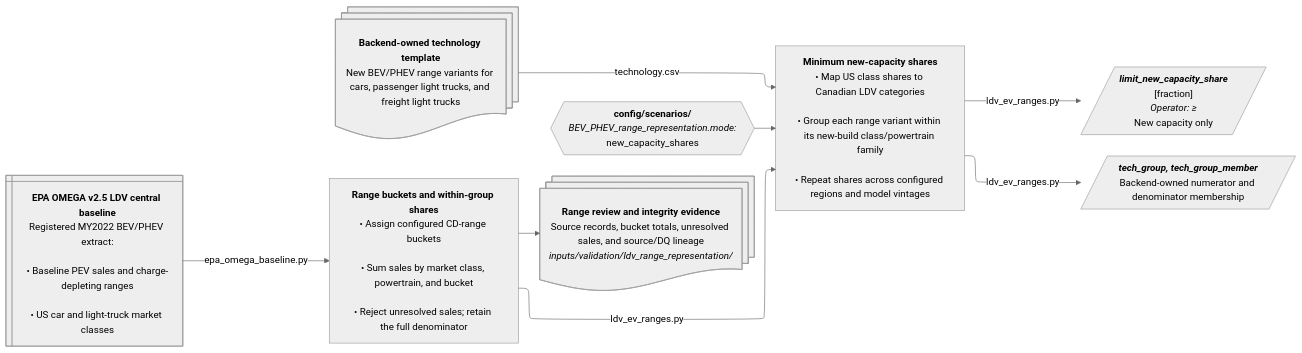
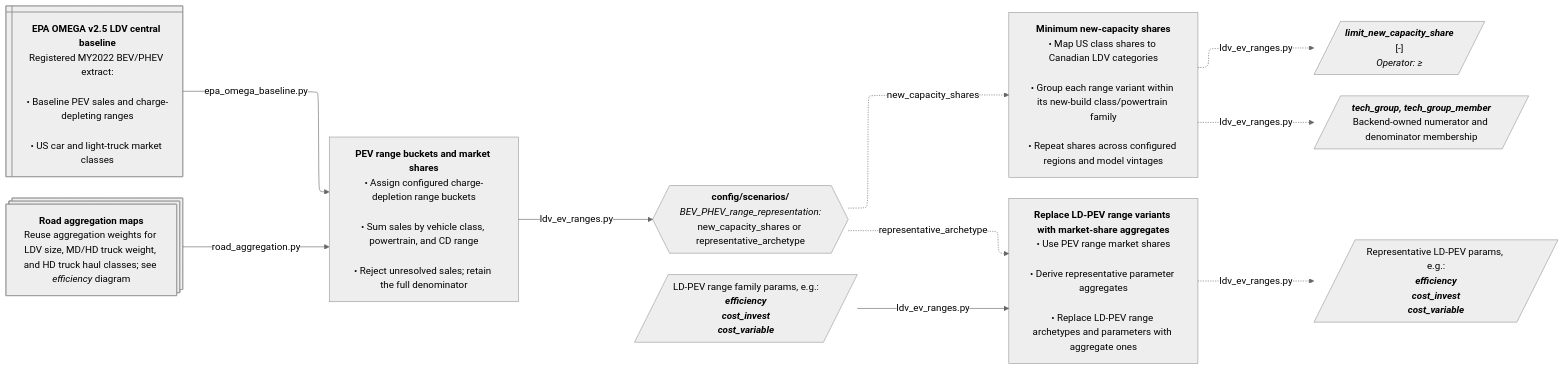
One commit to CANOE-main/canoe-transportation changed diagram 11 of 12 in docs/etl_flowcharts.md. Above: the diagram before and after it, drawn with Mermaid (neutral theme). The commit also changed other lines of this file and 167 other files, not shown here.

First line of the commit message:
Add comprehensive tests for vehicle stock diagnostics and notebook evidence

````diff
--- a/docs/etl_flowcharts.md
+++ b/docs/etl_flowcharts.md
@@ -949,48 +949,63 @@
 ```mermaid
 ---
 config:
   layout: elk
   flowchart:
     nodeSpacing: 35
     rankSpacing: 50
     wrappingWidth: 250
 ---
 flowchart LR
   %% ############ Sources ###########
   s1@{shape: win-pane, label: "**EPA OMEGA v2.5 LDV central baseline**
     Registered MY2022 BEV/PHEV extract:<br>
     • Baseline PEV sales and charge-depleting ranges<br>
     • US car and light-truck market classes"}
-  s2@{shape: docs, label: "**Backend-owned technology template**
-    New BEV/PHEV range variants for cars, passenger light trucks, and freight light trucks"}
+  s2@{shape: processes, label: "**Road aggregation maps**
+    Reuse aggregation weights for LDV size, MD/HD truck weight, and HD truck haul classes; see *efficiency* diagram"}
 
   %% ############ Processes ###########
-  p2["`**Range buckets and within-group shares**
-    • Assign configured CD-range buckets<br>
-    • Sum sales by market class, powertrain, and bucket<br>
+  p2["`**PEV range buckets and market shares**
+    • Assign configured charge-depletion range buckets<br>
+    • Sum sales by vehicle class, powertrain, and CD range<br>
     • Reject unresolved sales; retain the full denominator`"]
+  s1 -- epa_omega_baseline.py --> p2
+  s2 -- road_aggregation.py --> p2
+
   p0@{shape: hex, label: "**config/scenarios/**
-    *BEV_PHEV_range_representation.mode:*
-    new_capacity_shares"}
+    *BEV_PHEV_range_representation:*
+    new_capacity_shares or representative_archetype"}
+  p2 -- "ldv_ev_ranges.py" --> p0
+
   p3["`**Minimum new-capacity shares**
     • Map US class shares to Canadian LDV categories<br>
     • Group each range variant within its new-build class/powertrain family<br>
     • Repeat shares across configured regions and model vintages`"]
+  p0 -. new_capacity_shares .-> p3
 
-  s1 -- epa_omega_baseline.py --> p2
-  p2 -- ldv_ev_ranges.py --> p3
-  p0 --> p3
-  s2 -- technology.csv --> p3
-  p2 --> a1@{shape: docs, label: "**Range review and integrity evidence**
-    Source records, bucket totals, unresolved sales, and source/DQ lineage
-    *inputs/validation/ldv_range_representation/*"}
-  p3 -- ldv_ev_ranges.py --> o1[/"`***limit_new_capacity_share***
-    [fraction]
-    *Operator: ≥*
-    New capacity only`"/]
-  p3 -- ldv_ev_ranges.py --> o2[/"`***tech_group, tech_group_member***
+  p3 -. "ldv_ev_ranges.py" .-> o1[/"`***limit_new_capacity_share***
+    [-]
+    *Operator: ≥*`"/]
+  p3 -. "ldv_ev_ranges.py" .-> o2[/"`***tech_group, tech_group_member***
     Backend-owned numerator and denominator membership`"/]
+
+  oi2[/"`LD-PEV range family params, e.g.: 
+    ***efficiency***
+    ***cost_invest***
+    ***cost_variable***`"/]
+  p4["`**Replace LD-PEV range variants with market-share aggregates**
+    • Use PEV range market shares<br>
+    • Derive representative parameter aggregates<br>
+    • Replace LD-PEV range archetypes and parameters with aggregate ones`"]
+  oi2 -- ldv_ev_ranges.py --> p4
+  p0 -. representative_archetype .-> p4
+
+  o3[/"`Representative LD-PEV params, e.g.:
+    ***efficiency***
+    ***cost_invest***
+    ***cost_variable***`"/]
+  p4 -. "ldv_ev_ranges.py" .-> o3
 
   %% --- Hyperlinks ---
   click s1 "https://www.epa.gov/regulations-emissions-vehicles-and-engines/optimization-model-reducing-emissions-greenhouse-gases"
 ```
````
